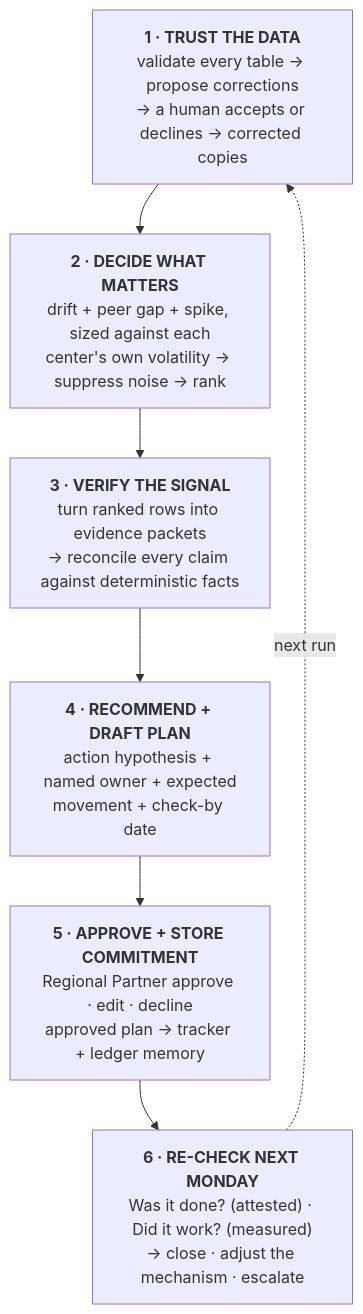
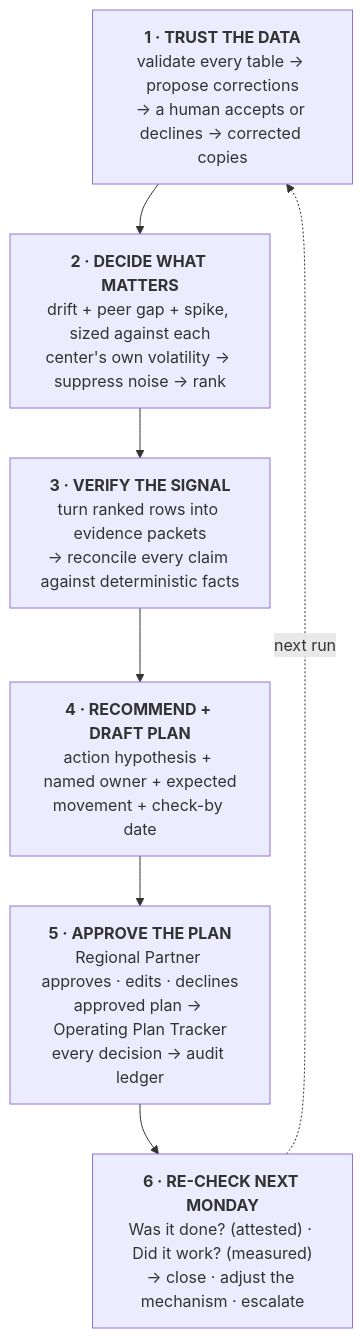
One commit to ravejedii/petfolk-case-submission changed the diagram in README.md. Above: the diagram before and after it, drawn with Mermaid.

Commit message:
docs: clarify plan approval flow

````diff
--- a/README.md
+++ b/README.md
@@ -91,11 +91,11 @@
 ```mermaid
 flowchart TD
     A["<b>1 · TRUST THE DATA</b><br/>validate every table → propose corrections<br/>→ a human accepts or declines → corrected copies"]
     B["<b>2 · DECIDE WHAT MATTERS</b><br/>drift + peer gap + spike, sized against each<br/>center's own volatility → suppress noise → rank"]
     C["<b>3 · VERIFY THE SIGNAL</b><br/>turn ranked rows into evidence packets<br/>→ reconcile every claim against deterministic facts"]
     D["<b>4 · RECOMMEND + DRAFT PLAN</b><br/>action hypothesis + named owner + expected<br/>movement + check-by date"]
-    E["<b>5 · APPROVE + STORE COMMITMENT</b><br/>Regional Partner approve · edit · decline<br/>approved plan → tracker + ledger memory"]
+    E["<b>5 · APPROVE THE PLAN</b><br/>Regional Partner approves · edits · declines<br/>approved plan → Operating Plan Tracker<br/>every decision → audit ledger"]
     F["<b>6 · RE-CHECK NEXT MONDAY</b><br/>Was it done? (attested) · Did it work? (measured)<br/>→ close · adjust the mechanism · escalate"]
     A --> B --> C --> D --> E --> F
     F -. "next run" .-> A
 ```
````
